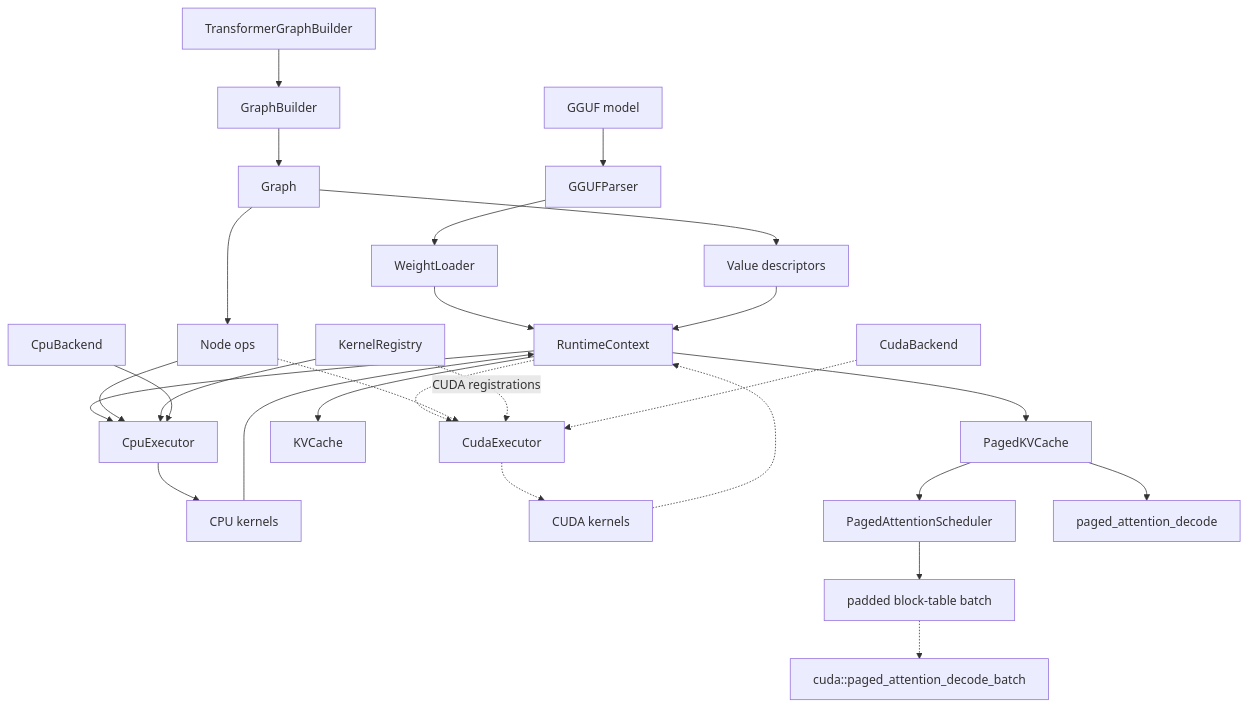
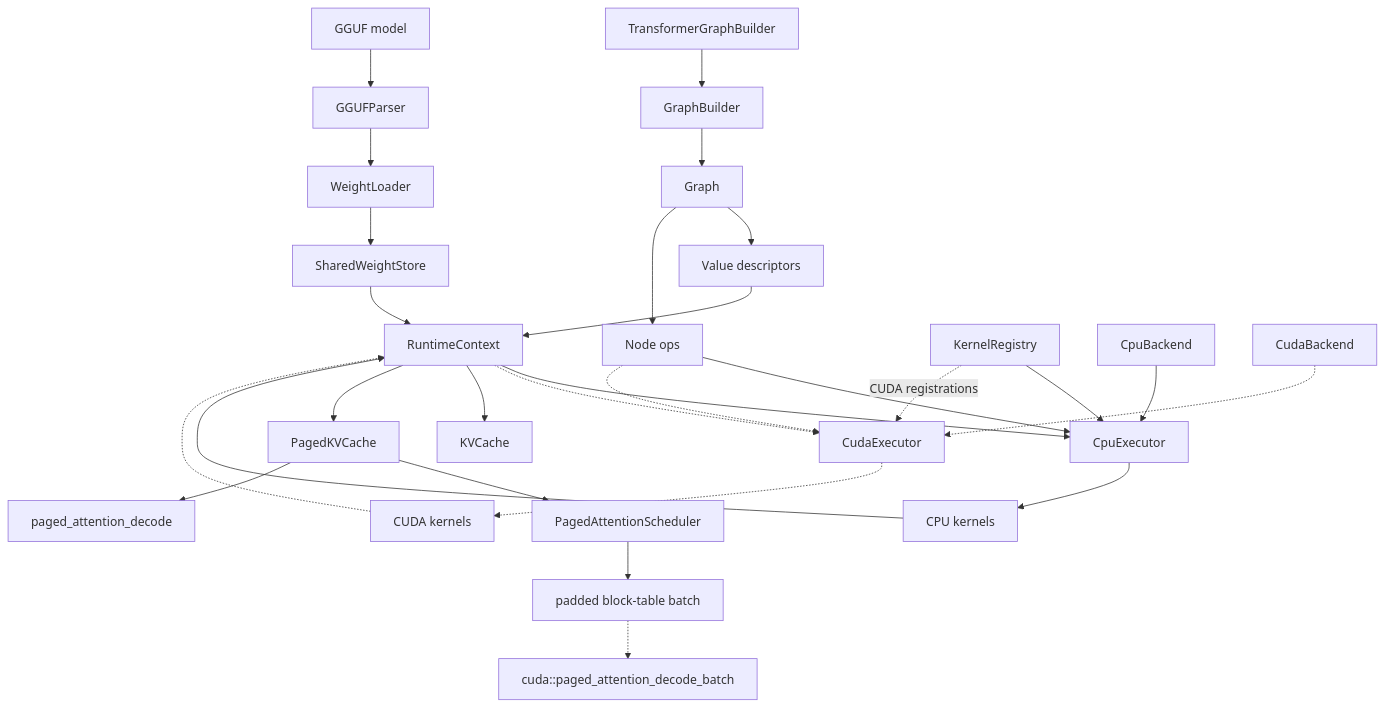
Before and after one commit to plutoaac/llmengine: the first of 4 diagrams in docs/design.md, drawn with Mermaid. The commit also changed other lines of this file and 6 other files, not shown here.

````diff
--- a/docs/design.md
+++ b/docs/design.md
@@ -19,31 +20,32 @@
 ```mermaid
 flowchart TD
     Model["TransformerGraphBuilder"] --> Builder["GraphBuilder"]
     Builder --> Graph["Graph"]
     Graph --> Values["Value descriptors"]
     Graph --> Nodes["Node ops"]
 
     GGUF["GGUF model"] --> Parser["GGUFParser"]
     Parser --> Loader["WeightLoader"]
-    Loader --> Context["RuntimeContext"]
+    Loader --> SharedWeights["SharedWeightStore"]
+    SharedWeights --> Context["RuntimeContext"]
 
     Values --> Context
     Context --> Executor["CpuExecutor"]
     Context -.-> CudaExecutor["CudaExecutor"]
     Nodes --> Executor
     Nodes -.-> CudaExecutor
     Registry["KernelRegistry"] --> Executor
     Registry -. "CUDA registrations" .-> CudaExecutor
     Backend["CpuBackend"] --> Executor
     CudaBackend["CudaBackend"] -.-> CudaExecutor
     Executor --> Kernels["CPU kernels"]
     CudaExecutor -.-> CudaKernels["CUDA kernels"]
     Kernels --> Context
     CudaKernels -.-> Context
     Context --> Cache["KVCache"]
     Context --> PagedCache["PagedKVCache"]
     PagedCache --> Scheduler["PagedAttentionScheduler"]
     PagedCache --> PagedDecode["paged_attention_decode"]
     Scheduler --> Batch["padded block-table batch"]
     Batch -.-> CudaPaged["cuda::paged_attention_decode_batch"]
 ```
````
